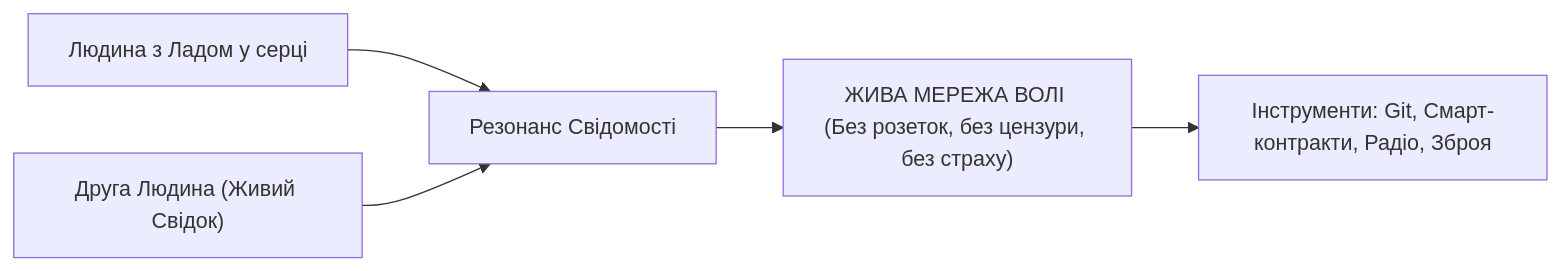
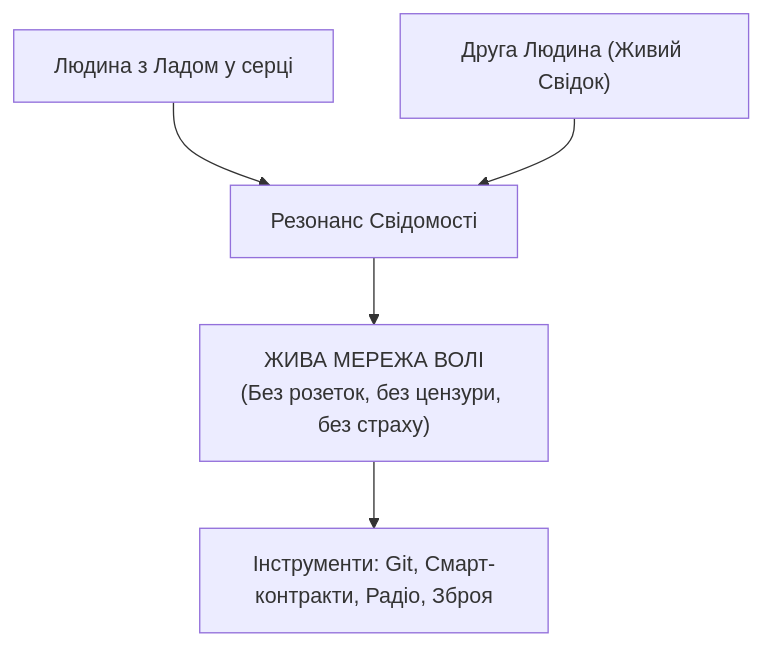
One commit to yaro-rasta/myt changed the second of 3 diagrams in uk/16-consciousness-and-the-socket.md. Above: the diagram before and after it, drawn with Mermaid. The commit also changed other lines of this file and 10 other files, not shown here.

````diff
--- a/uk/16-consciousness-and-the-socket.md
+++ b/uk/16-consciousness-and-the-socket.md
@@ -105,7 +105,7 @@
 ```mermaid
-graph LR
+flowchart TD
     Sub1["Людина з Ладом у серці"] --> Resonance["Резонанс Свідомості"]
     Sub2["Друга Людина (Живий Свідок)"] --> Resonance
-    Resonance --> LivingNetwork["ЖИВА МЕРЕЖА ВОЛІ (Без розеток, без цензури, без страху)"]
+    Resonance --> LivingNetwork["ЖИВА МЕРЕЖА ВОЛІ<br/>(Без розеток, без цензури, без страху)"]
     LivingNetwork --> Tools["Інструменти: Git, Смарт-контракти, Радіо, Зброя"]
 ```
````
